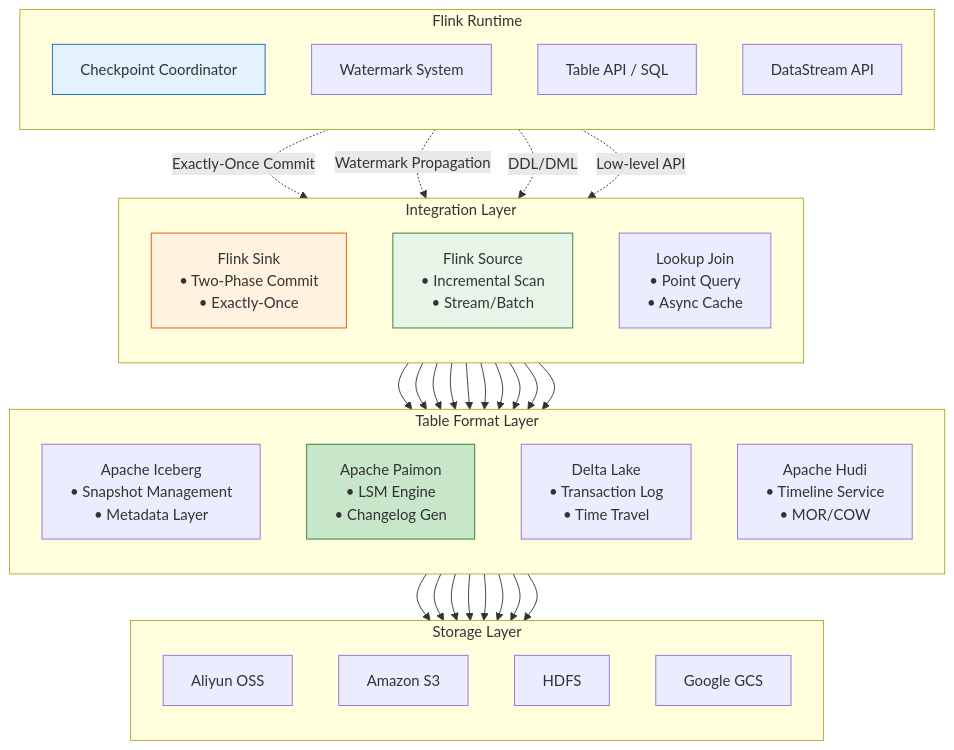
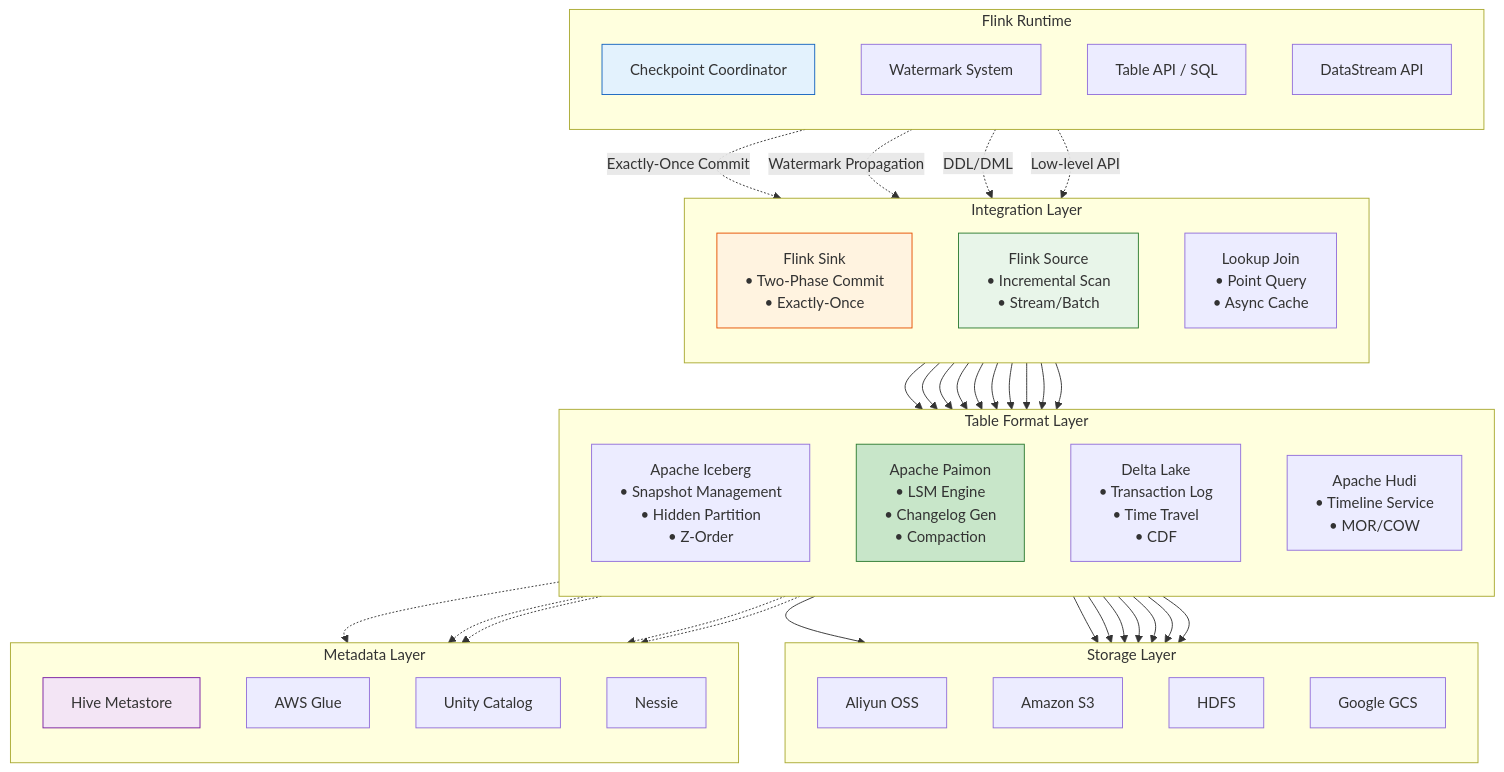
The second of 6 diagrams in Flink/05-ecosystem/05.02-lakehouse/streaming-lakehouse-architecture.md (AdaMartin18010/AnalysisDataFlow), drawn with Mermaid before and after one commit. The commit also changed other lines of this file and 18 other files, not shown here.

````diff
--- a/Flink/05-ecosystem/05.02-lakehouse/streaming-lakehouse-architecture.md
+++ b/Flink/05-ecosystem/05.02-lakehouse/streaming-lakehouse-architecture.md
@@ -380,13 +479,16 @@
         direction TB
         ICEBERG_CORE["Apache Iceberg
         • Snapshot Management
-        • Metadata Layer"]
+        • Hidden Partition
+        • Z-Order"]
         PAIMON_CORE["Apache Paimon
         • LSM Engine
-        • Changelog Gen"]
+        • Changelog Gen
+        • Compaction"]
         DELTA_CORE["Delta Lake
         • Transaction Log
-        • Time Travel"]
+        • Time Travel
+        • CDF"]
         HUDI_CORE["Apache Hudi
         • Timeline Service
         • MOR/COW"]
@@ -400,7 +502,14 @@
         GCS["Google GCS"]
     end
 
-    %% Connections
+    subgraph "Metadata Layer"
+        direction TB
+        HMS["Hive Metastore"]
+        GLUE["AWS Glue"]
+        UC["Unity Catalog"]
+        NESSIE["Nessie"]
+    end
+
     CK -.->|"Exactly-Once Commit"| SINK
     WM -.->|"Watermark Propagation"| SOURCE
     SQL -.->|"DDL/DML"| SINK
@@ -428,8 +537,15 @@
     HUDI_CORE --> HDFS
     HUDI_CORE --> S3
 
+    ICEBERG_CORE -.-> HMS
+    PAIMON_CORE -.-> HMS
+    DELTA_CORE -.-> GLUE
+    HUDI_CORE -.-> UC
+    ICEBERG_CORE -.-> NESSIE
+
     style CK fill:#e3f2fd,stroke:#1565c0
     style SINK fill:#fff3e0,stroke:#e65100
     style PAIMON_CORE fill:#c8e6c9,stroke:#2e7d32
     style SOURCE fill:#e8f5e9,stroke:#2e7d32
+    style HMS fill:#f3e5f5,stroke:#7b1fa2
 ```
````
